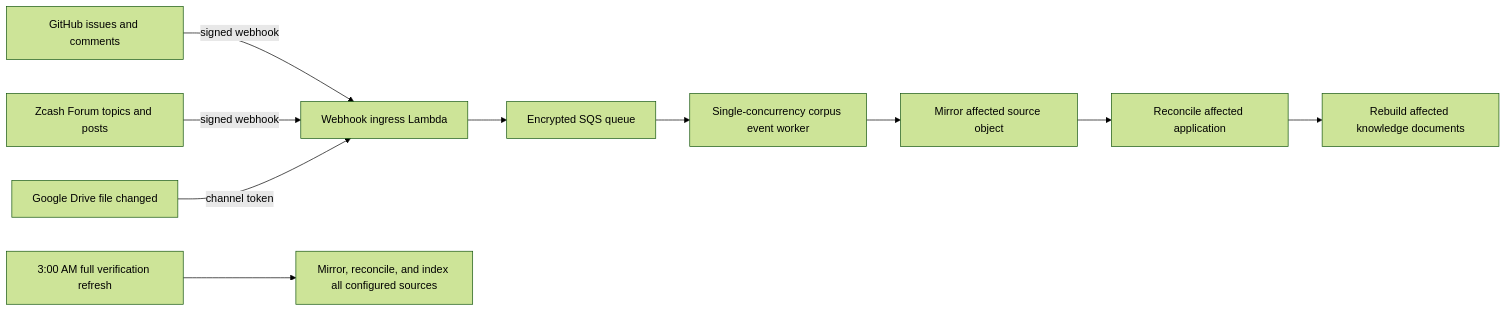
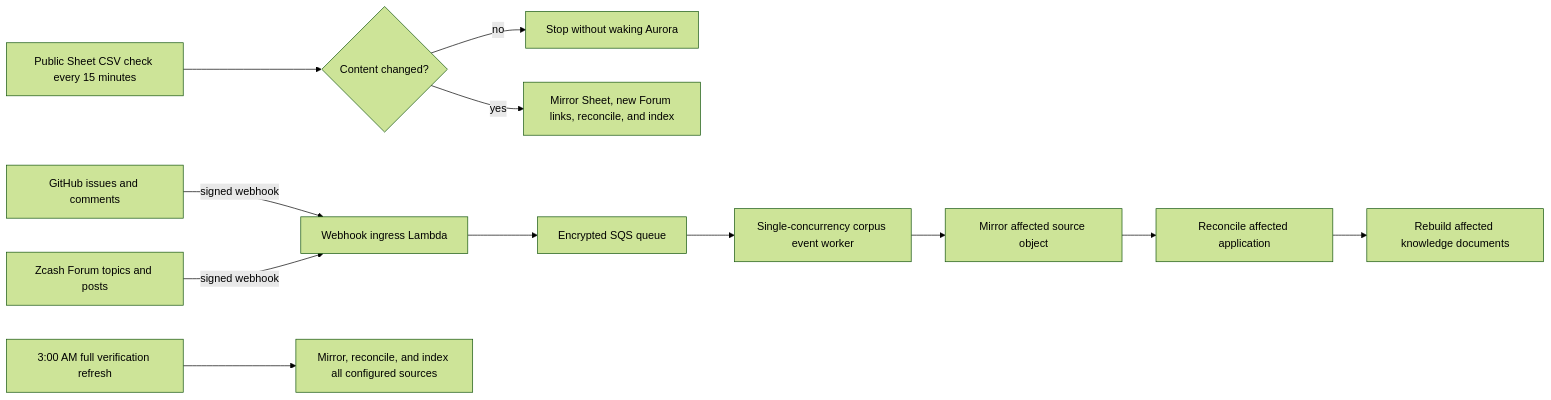
Before and after one commit to paulbrigner/ZCG: the diagram in docs/deployment/hybrid-corpus-refresh.md, drawn with Mermaid (forest theme). The commit also changed other lines of this file and 18 other files, not shown here.

````diff
--- a/docs/deployment/hybrid-corpus-refresh.md
+++ b/docs/deployment/hybrid-corpus-refresh.md
@@ -11,12 +11,14 @@
 ```mermaid
 flowchart LR
     github["GitHub issues and comments"] -->|"signed webhook"| ingress
     discourse["Zcash Forum topics and posts"] -->|"signed webhook"| ingress
-    drive["Google Drive file changed"] -->|"channel token"| ingress
+    sheetPoll["Public Sheet CSV check every 15 minutes"] --> checksum{"Content changed?"}
+    checksum -->|"no"| stop["Stop without waking Aurora"]
+    checksum -->|"yes"| sheetRefresh["Mirror Sheet, new Forum links, reconcile, and index"]
     ingress["Webhook ingress Lambda"] --> queue["Encrypted SQS queue"]
     queue --> worker["Single-concurrency corpus event worker"]
     worker --> mirror["Mirror affected source object"]
     mirror --> reconcile["Reconcile affected application"]
     reconcile --> index["Rebuild affected knowledge documents"]
     full["3:00 AM full verification refresh"] --> mirrorAll["Mirror, reconcile, and index all configured sources"]
 ```
````
